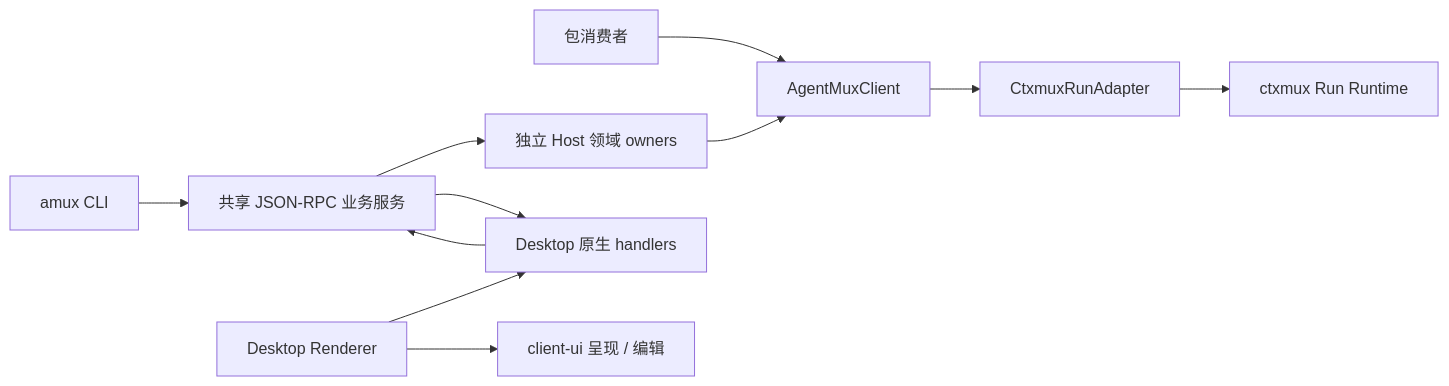
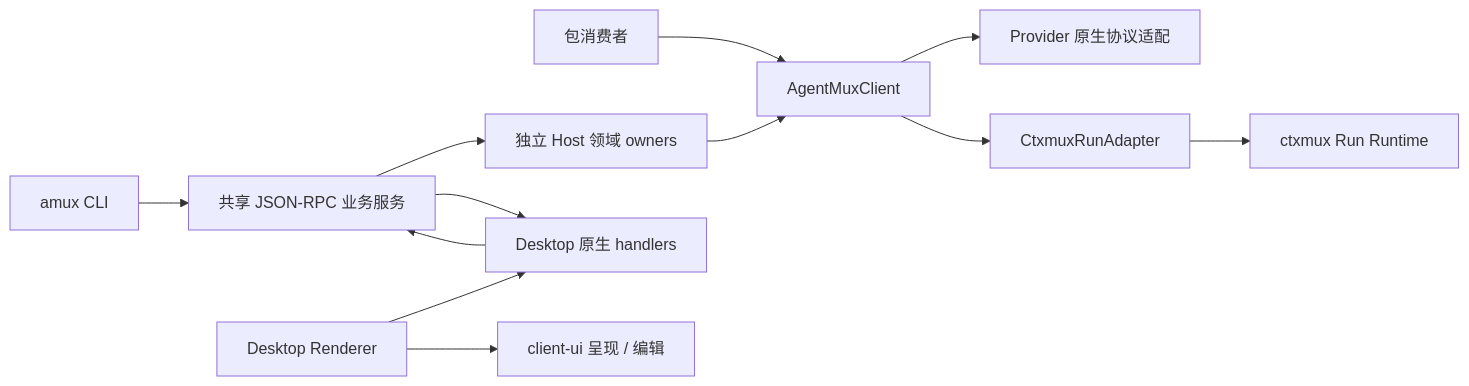
The diagram in docs/architecture/system-ownership.md (bagakit/agentmux), drawn with Mermaid before and after one commit. The commit also changed other lines of this file, not shown here.

Commit message:
Clarify Provider and Host ownership in the architecture map

````diff
--- a/docs/architecture/system-ownership.md
+++ b/docs/architecture/system-ownership.md
@@ -66,13 +66,14 @@
 ```mermaid
 flowchart LR
   Package["包消费者"] --> Core["AgentMuxClient"]
   CLI["amux CLI"] --> Service["共享 JSON-RPC 业务服务"]
   Service --> Host["独立 Host 领域 owners"]
   Service --> Main["Desktop 原生 handlers"]
   Host --> Core
   Renderer["Desktop Renderer"] --> Main
   Renderer --> SharedUI["client-ui 呈现 / 编辑"]
   Main --> Service
+  Core --> Provider["Provider 原生协议适配"]
   Core --> Adapter["CtxmuxRunAdapter"]
   Adapter --> Runtime["ctxmux Run Runtime"]
 ```
````
